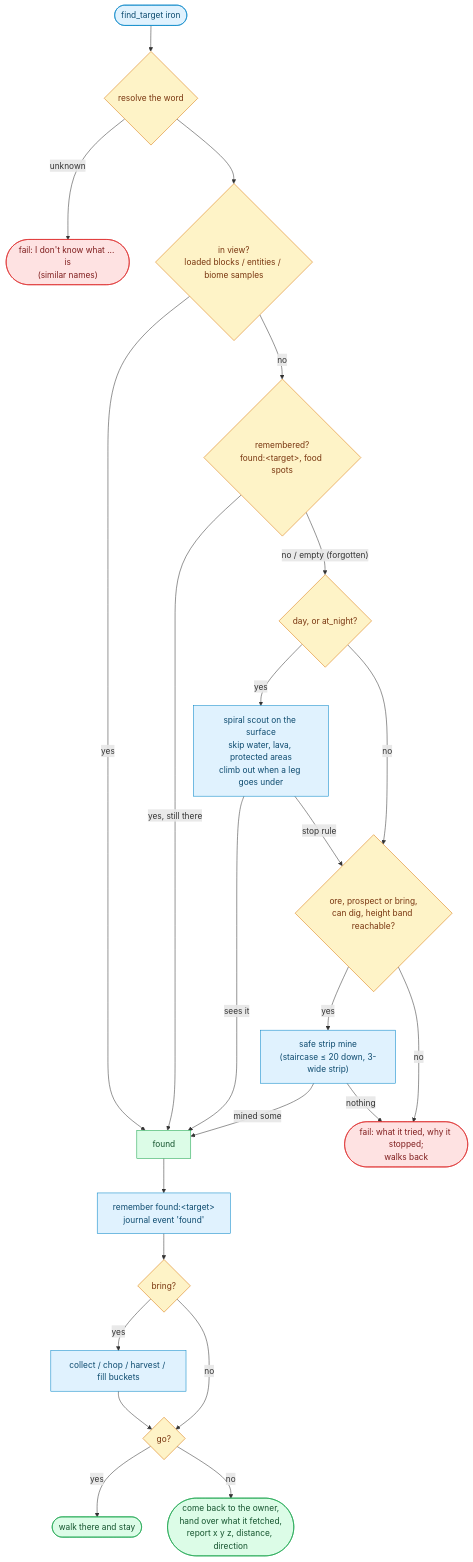
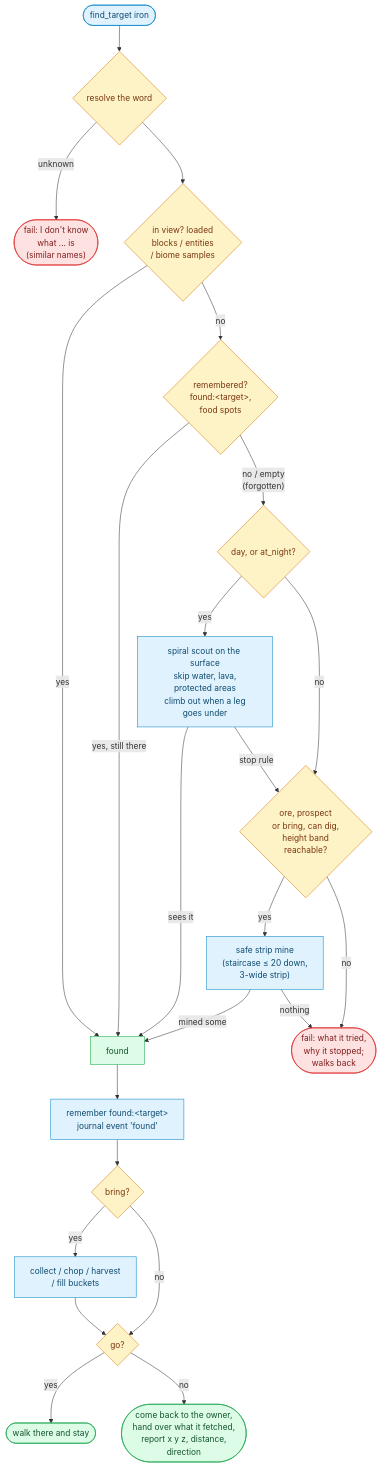
One commit to thereisnotime/golemkit changed the first of 2 diagrams in docs/guide/search.md. Above: the diagram before and after it, drawn with Mermaid. The commit also changed other lines of this file and 20 other files, not shown here.

First line of the commit message:
Docs: replace the last ASCII diagrams with mermaid, make wide charts top-down to fit the column

````diff
--- a/docs/guide/search.md
+++ b/docs/guide/search.md
@@ -50,33 +50,33 @@
 ```mermaid
-flowchart TB
+flowchart TD
   S(["find_target iron"]) --> R{"resolve the word"}
-  R -- unknown --> X(["fail: I don't know what ... is<br/>(similar names)"])
-  R --> V{"in view?<br/>loaded blocks / entities / biome samples"}
+  R -- unknown --> X(["fail: I don't know<br/>what ... is<br/>(similar names)"])
+  R --> V{"in view? loaded<br/>blocks / entities<br/>/ biome samples"}
   V -- yes --> F["found"]
-  V -- no --> M{"remembered?<br/>found:&lt;target&gt;, food spots"}
+  V -- no --> M{"remembered?<br/>found:&lt;target&gt;,<br/>food spots"}
   M -- "yes, still there" --> F
-  M -- "no / empty (forgotten)" --> N{"day, or at_night?"}
-  N -- yes --> SC["spiral scout on the surface<br/>skip water, lava, protected areas<br/>climb out when a leg goes under"]
+  M -- "no / empty<br/>(forgotten)" --> N{"day, or at_night?"}
+  N -- yes --> SC["spiral scout on the surface<br/>skip water, lava,<br/>protected areas<br/>climb out when a leg<br/>goes under"]
   SC -- "sees it" --> F
-  SC -- "stop rule" --> P{"ore, prospect or bring,<br/>can dig, height band reachable?"}
+  SC -- "stop rule" --> P{"ore, prospect<br/>or bring, can dig,<br/>height band<br/>reachable?"}
   N -- no --> P
-  P -- yes --> PM["safe strip mine<br/>(staircase ≤ 20 down, 3-wide strip)"]
+  P -- yes --> PM["safe strip mine<br/>(staircase ≤ 20 down,<br/>3-wide strip)"]
   PM -- "mined some" --> F
-  P -- no --> NF(["fail: what it tried, why it stopped;<br/>walks back"])
+  P -- no --> NF(["fail: what it tried,<br/>why it stopped;<br/>walks back"])
   PM -- nothing --> NF
   F --> REM["remember found:&lt;target&gt;<br/>journal event 'found'"]
   REM --> B{"bring?"}
-  B -- yes --> FE["collect / chop / harvest / fill buckets"]
+  B -- yes --> FE["collect / chop / harvest<br/>/ fill buckets"]
   B -- no --> G{"go?"}
   FE --> G
   G -- yes --> STAY(["walk there and stay"])
-  G -- no --> BACK(["come back to the owner,<br/>hand over what it fetched,<br/>report x y z, distance, direction"])
+  G -- no --> BACK(["come back to the owner,<br/>hand over what it fetched,<br/>report x y z, distance,<br/>direction"])
   classDef a fill:#e0f2fe,stroke:#0284c7,color:#0c4a6e
   classDef d fill:#fef3c7,stroke:#d97706,color:#78350f
   classDef g fill:#dcfce7,stroke:#16a34a,color:#14532d
   classDef r fill:#fee2e2,stroke:#dc2626,color:#7f1d1d
   class S,SC,PM,REM,FE a
   class R,V,M,N,P,B,G d
   class F,STAY,BACK g
   class X,NF r
 ```
````
